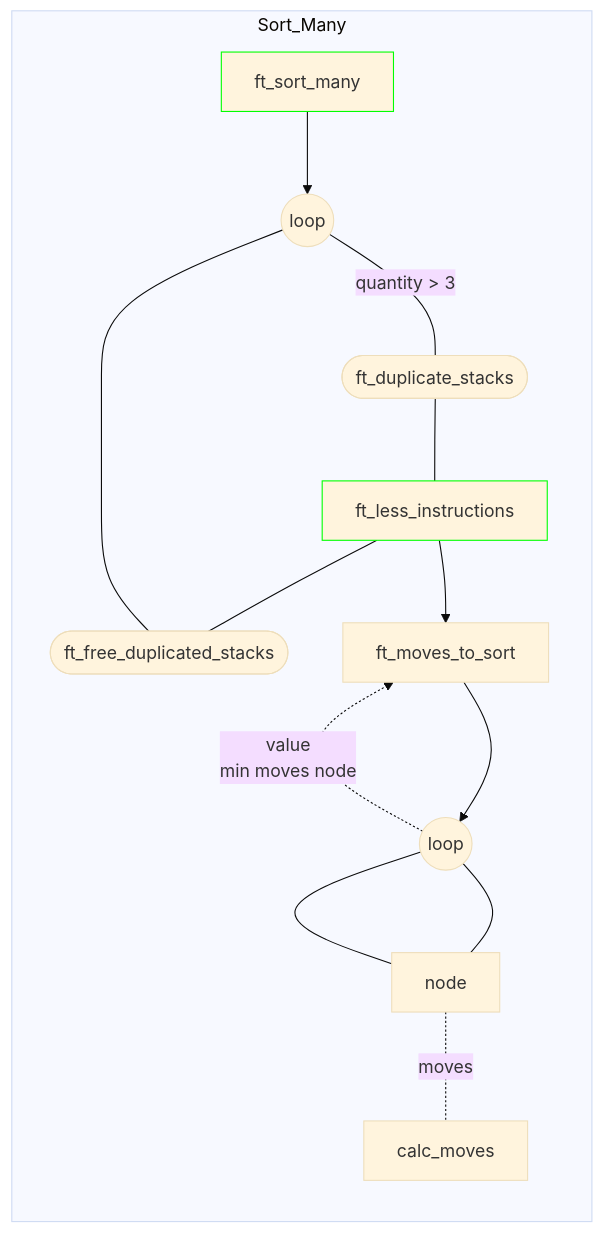
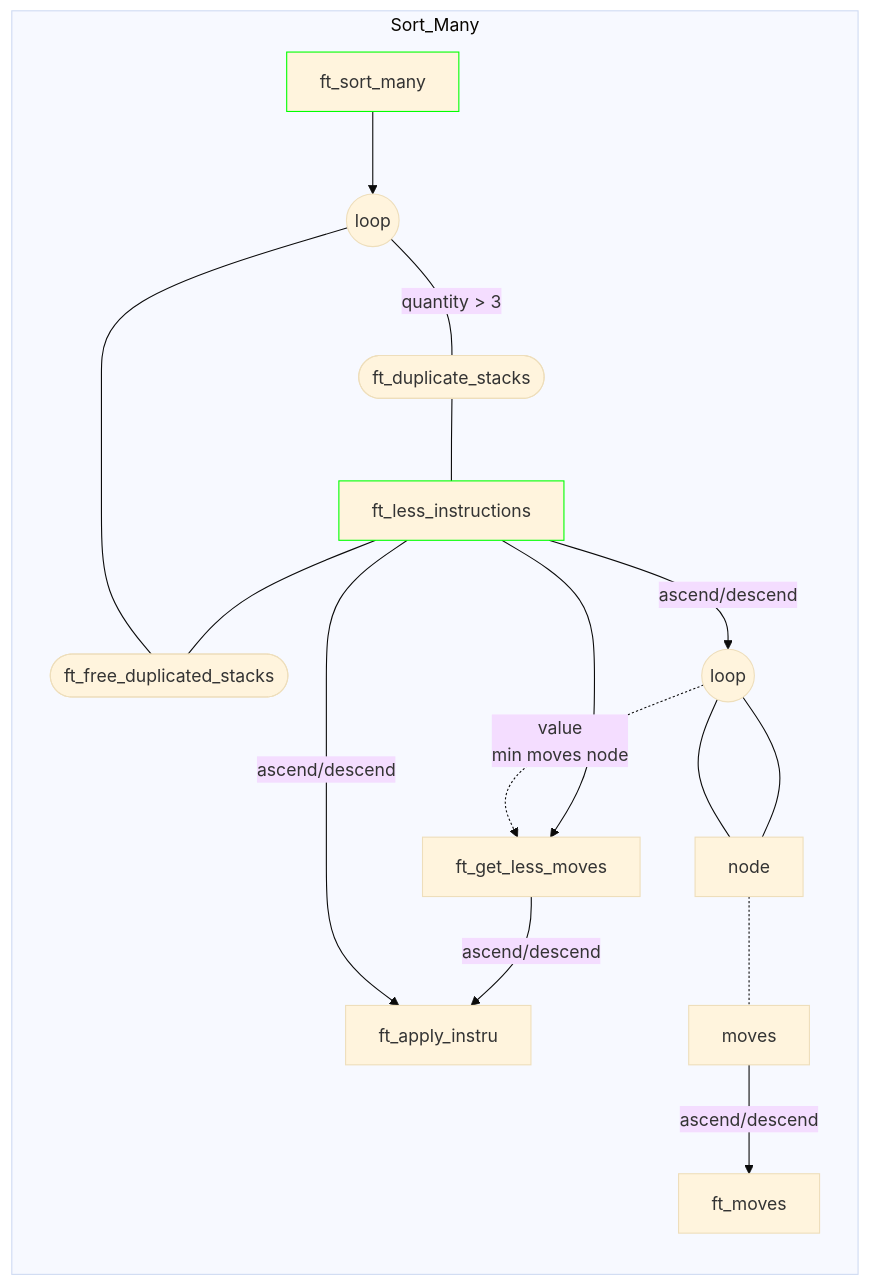
The second of 4 diagrams in Push_swap/README.md (Tablerase/42_Projects), drawn with Mermaid (base theme) before and after one commit. The commit also changed other lines of this file, not shown here.

````diff
--- a/Push_swap/README.md
+++ b/Push_swap/README.md
@@ -91,20 +116,24 @@
 ```mermaid
 flowchart
   classDef neutral stroke:#0f0
   subgraph Sort_Many
   direction TB
     ft_sort_many:::neutral
     ft_sort_many --> l((loop))
     l ---|quantity > 3| d([ft_duplicate_stacks])
     d --- ft_less_instructions:::neutral
     ft_less_instructions --- f([ft_free_duplicated_stacks])
     f --- l
 
-    ft_less_instructions --> ft_moves_to_sort
-    ft_moves_to_sort --> ll((loop))
+    ft_less_instructions --> |ascend/descend|ll((loop))
+    ft_less_instructions --> ft_get_less_moves
+    ft_get_less_moves --> |ascend/descend|ft_apply_instru
+    ft_less_instructions --> |ascend/descend|ft_apply_instru
+  
     ll --- node
-    node -.- |moves| calc_moves:::data
+    node -.- moves:::data
+    moves --> |ascend/descend|ft_moves
     node --- ll
-    ll -.->|value \n min moves node| ft_moves_to_sort
+    ll -.->|value \n min moves node| ft_get_less_moves
   end
 ```
````
